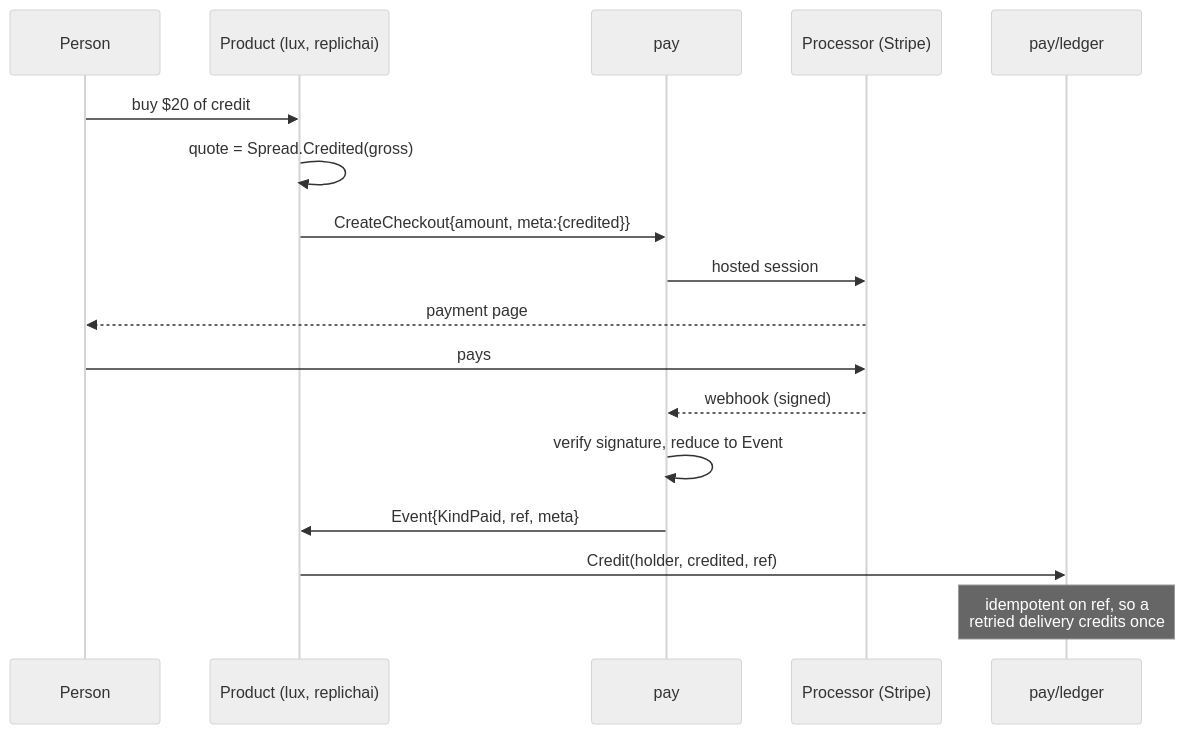
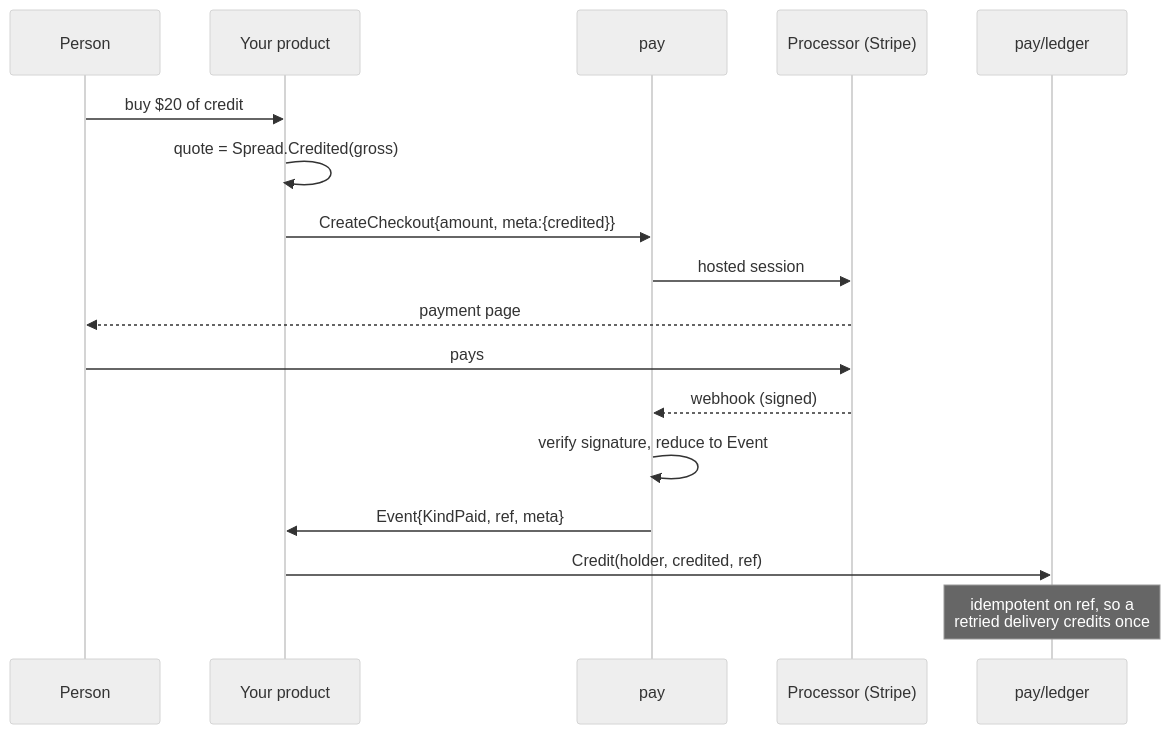
Before and after one commit to latere-ai/pay: the diagram in specs/002-payment-port.md, drawn with Mermaid (neutral theme). The commit also changed other lines of this file and 14 other files, not shown here.

````diff
--- a/specs/002-payment-port.md
+++ b/specs/002-payment-port.md
@@ -42,20 +42,20 @@
 ```mermaid
 sequenceDiagram
     participant P as Person
-    participant App as Product (lux, replichai)
+    participant App as Your product
     participant Port as pay
     participant Proc as Processor (Stripe)
     participant L as pay/ledger
 
     P->>App: buy $20 of credit
     App->>App: quote = Spread.Credited(gross)
     App->>Port: CreateCheckout{amount, meta:{credited}}
     Port->>Proc: hosted session
     Proc-->>P: payment page
     P->>Proc: pays
     Proc-->>Port: webhook (signed)
     Port->>Port: verify signature, reduce to Event
     Port->>App: Event{KindPaid, ref, meta}
     App->>L: Credit(holder, credited, ref)
     Note over L: idempotent on ref, so a<br/>retried delivery credits once
 ```
````
